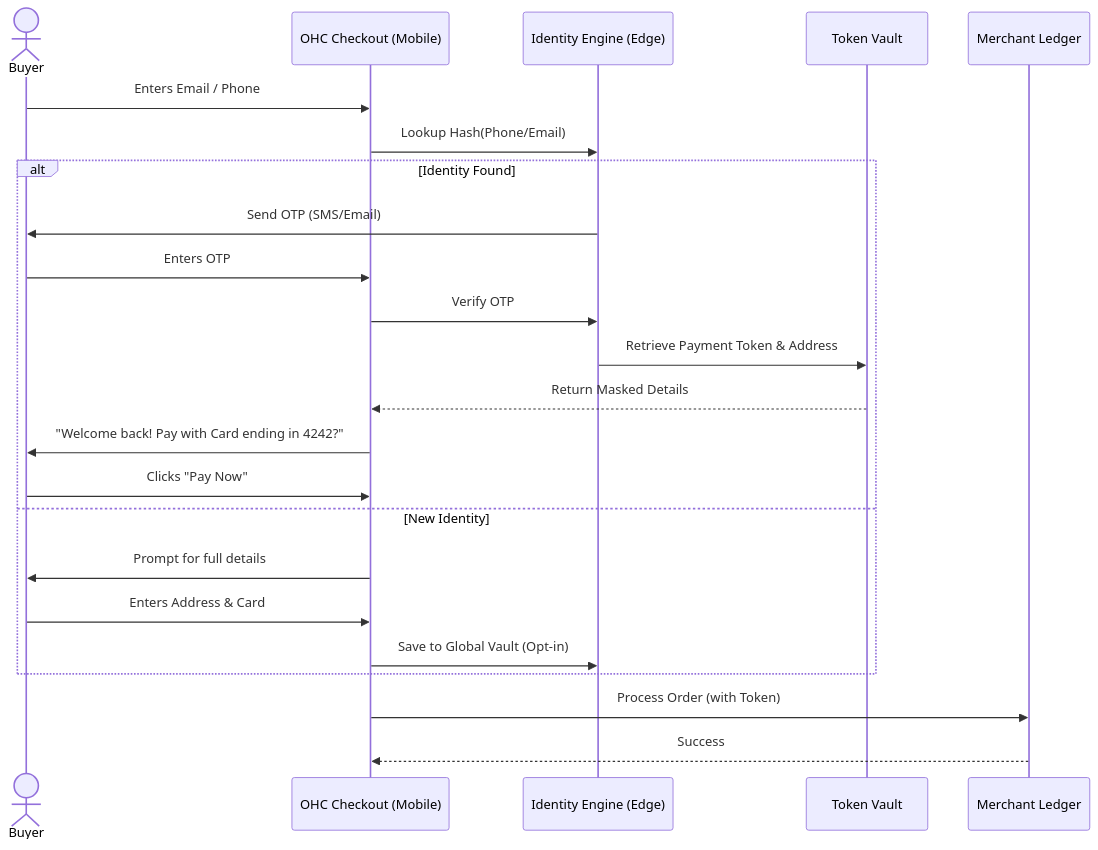
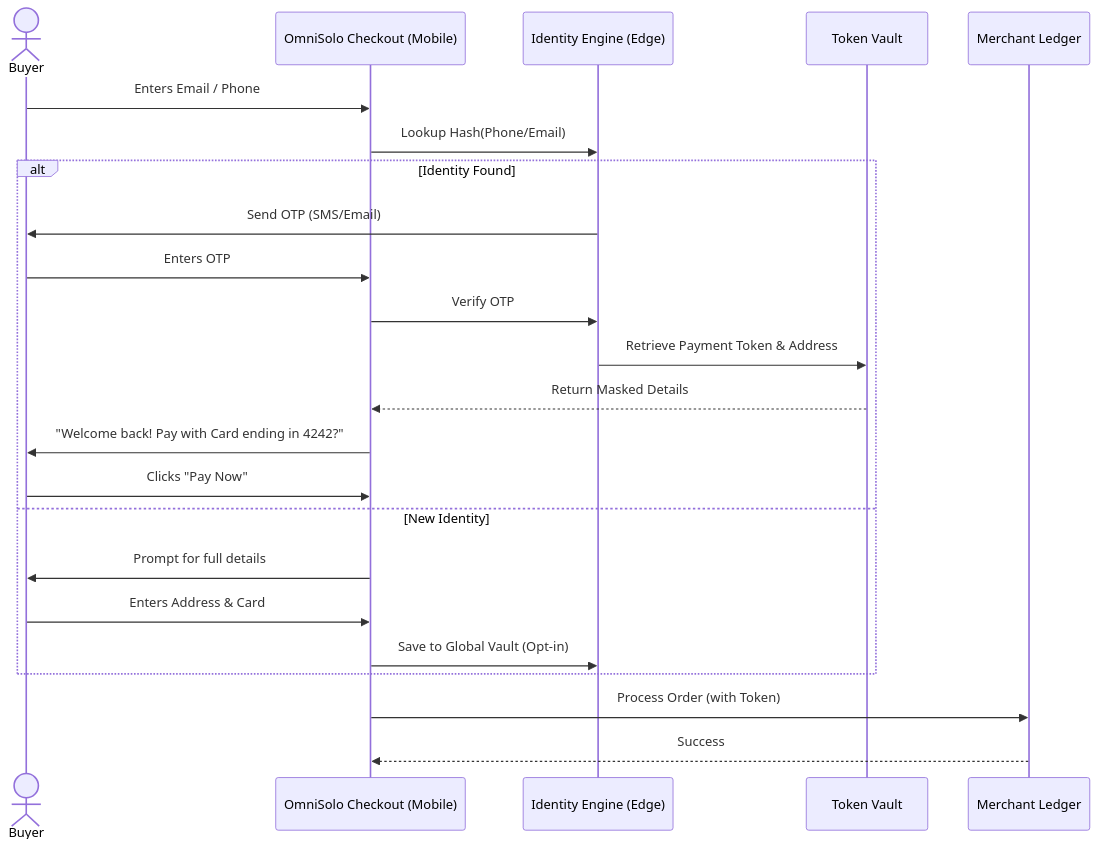
Before and after one commit to omnisolo-llc/onehumancorp: the second of 2 diagrams in docs/research/[architecture]_universal_buyer_identity_and_one_click_checkout_engine.md, drawn with Mermaid. The commit also changed other lines of this file and 2191 other files, not shown here.

Commit message:
feat: complete OmniSolo rename and browser audit

````diff
--- a/docs/research/[architecture]_universal_buyer_identity_and_one_click_checkout_engine.md
+++ b/docs/research/[architecture]_universal_buyer_identity_and_one_click_checkout_engine.md
@@ -50,26 +50,26 @@
 ```mermaid
 sequenceDiagram
     actor Buyer
-    participant MobileUI as OHC Checkout (Mobile)
+    participant MobileUI as OmniSolo Checkout (Mobile)
     participant AuthEngine as Identity Engine (Edge)
     participant Vault as Token Vault
     participant MerchantTenant as Merchant Ledger
 
     Buyer->>MobileUI: Enters Email / Phone
     MobileUI->>AuthEngine: Lookup Hash(Phone/Email)
     alt Identity Found
         AuthEngine->>Buyer: Send OTP (SMS/Email)
         Buyer->>MobileUI: Enters OTP
         MobileUI->>AuthEngine: Verify OTP
         AuthEngine->>Vault: Retrieve Payment Token & Address
         Vault-->>MobileUI: Return Masked Details
         MobileUI->>Buyer: "Welcome back! Pay with Card ending in 4242?"
         Buyer->>MobileUI: Clicks "Pay Now"
     else New Identity
         MobileUI->>Buyer: Prompt for full details
         Buyer->>MobileUI: Enters Address & Card
         MobileUI->>AuthEngine: Save to Global Vault (Opt-in)
     end
     MobileUI->>MerchantTenant: Process Order (with Token)
     MerchantTenant-->>MobileUI: Success
 ```
````
